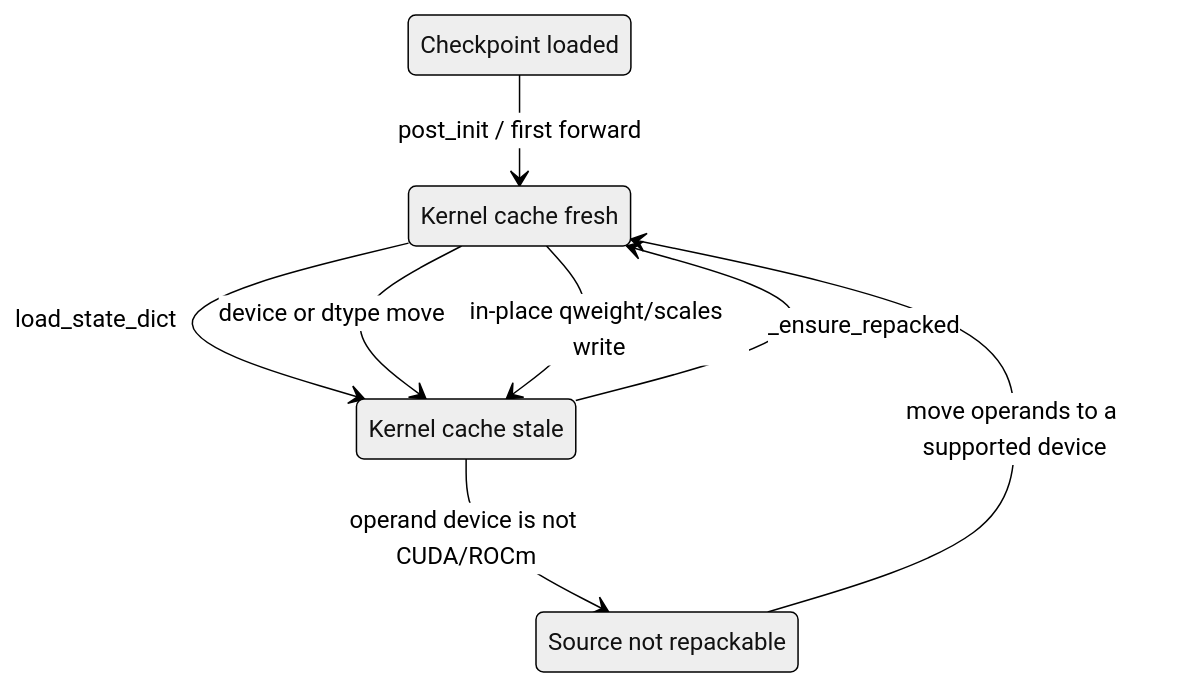
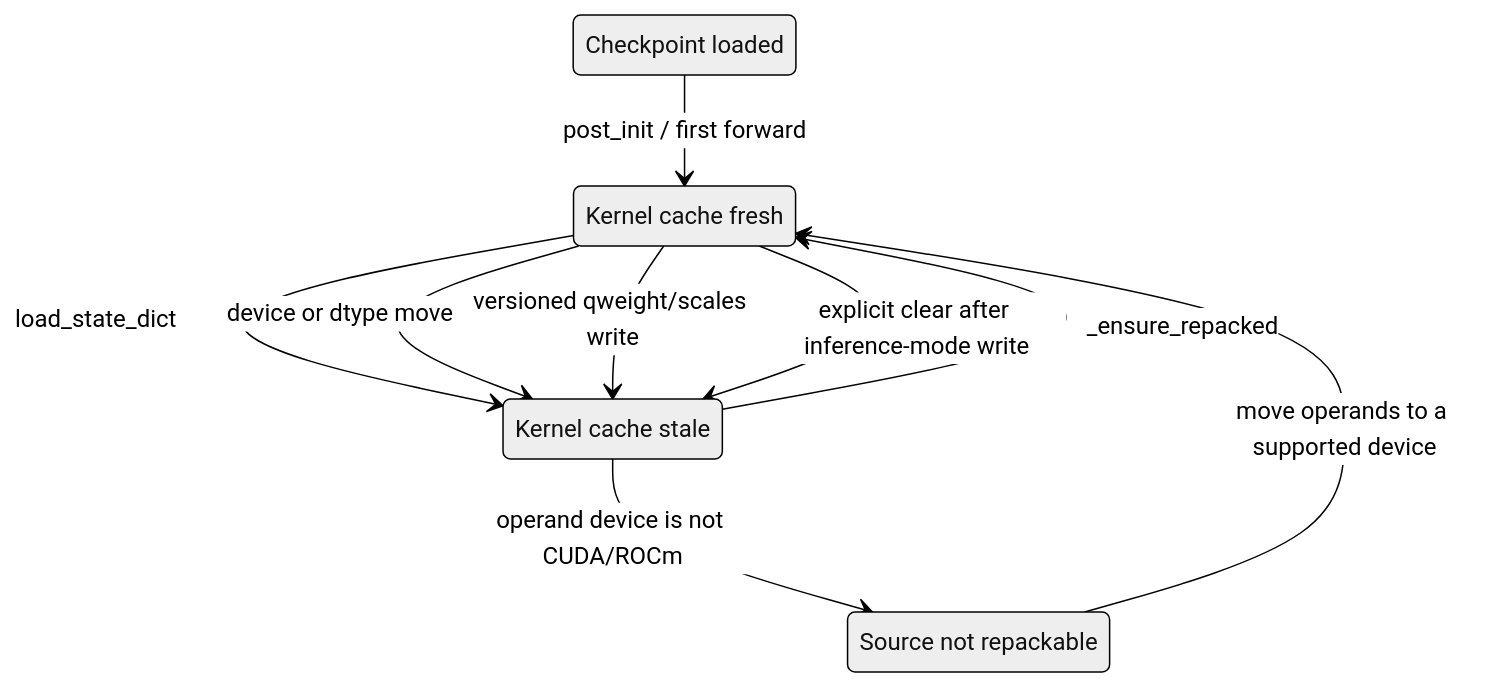
One commit to ModelCloud/GPTQModel changed the third of 3 diagrams in docs/allspark-checkpoint-layout.md. Above: the diagram before and after it, drawn with Mermaid (neutral theme). The commit also changed other lines of this file and 4 other files, not shown here.

````diff
--- a/docs/allspark-checkpoint-layout.md
+++ b/docs/allspark-checkpoint-layout.md
@@ -87,15 +90,16 @@
 ```mermaid
 stateDiagram-v2
     state "Checkpoint loaded" as Loaded
     state "Kernel cache fresh" as Fresh
     state "Kernel cache stale" as Stale
     state "Source not repackable" as Blocked
 
     Loaded --> Fresh: post_init / first forward
     Fresh --> Stale: load_state_dict
     Fresh --> Stale: device or dtype move
-    Fresh --> Stale: in-place qweight/scales write
+    Fresh --> Stale: versioned qweight/scales write
+    Fresh --> Stale: explicit clear after inference-mode write
     Stale --> Fresh: _ensure_repacked
     Stale --> Blocked: operand device is not CUDA/ROCm
     Blocked --> Fresh: move operands to a supported device
 ```
````
